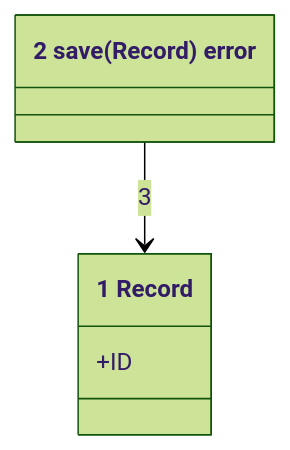
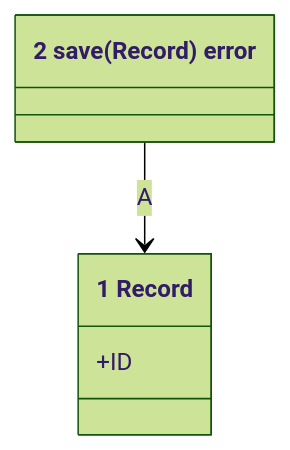
One commit to may-journal/fitness-runner changed the first of 2 diagrams in docs/architecture/templates/04-code.md. Above: the diagram before and after it, drawn with Mermaid (forest theme). The commit also changed other lines of this file and 28 other files, not shown here.

First line of the commit message:
feat(mermaid-callouts): label connectors with letter callouts (#584)

````diff
--- a/docs/architecture/templates/04-code.md
+++ b/docs/architecture/templates/04-code.md
@@ -9,9 +9,9 @@
 ```mermaid
 classDiagram
     class Record["1 Record"] {
         +ID
     }
     class save["2 save(Record) error"]
 
-    save --> Record : 3
+    save --> Record : A
 ```
````
